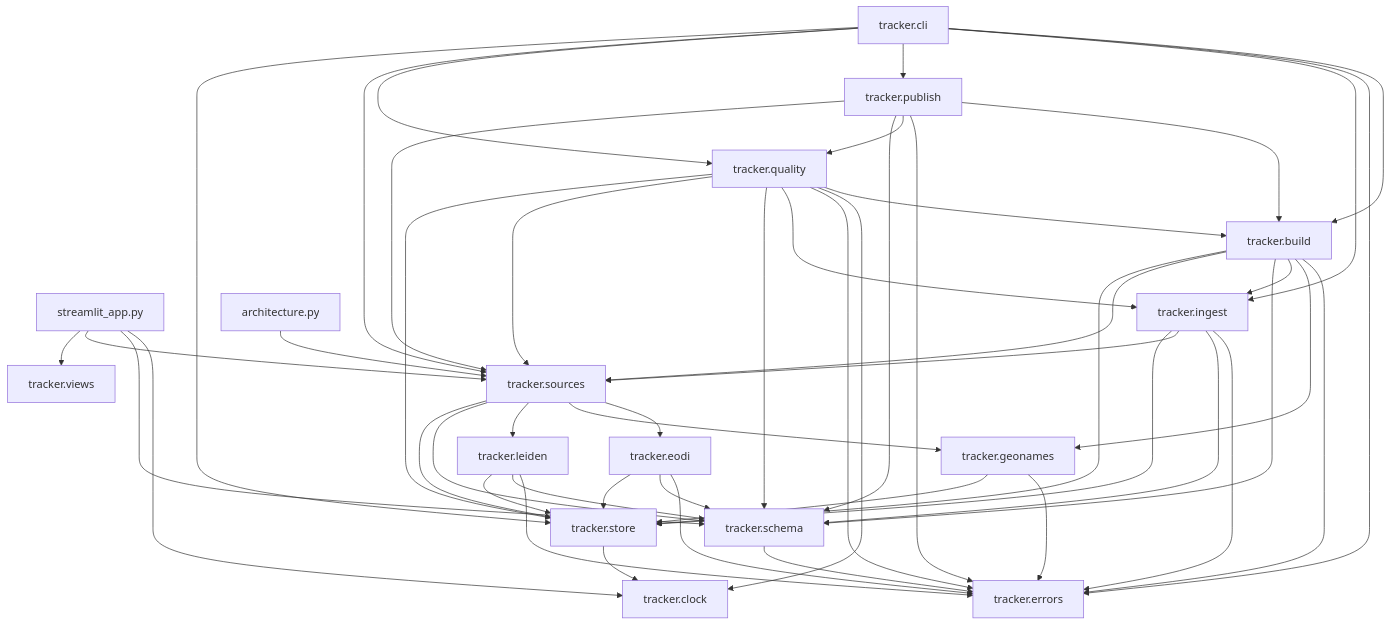
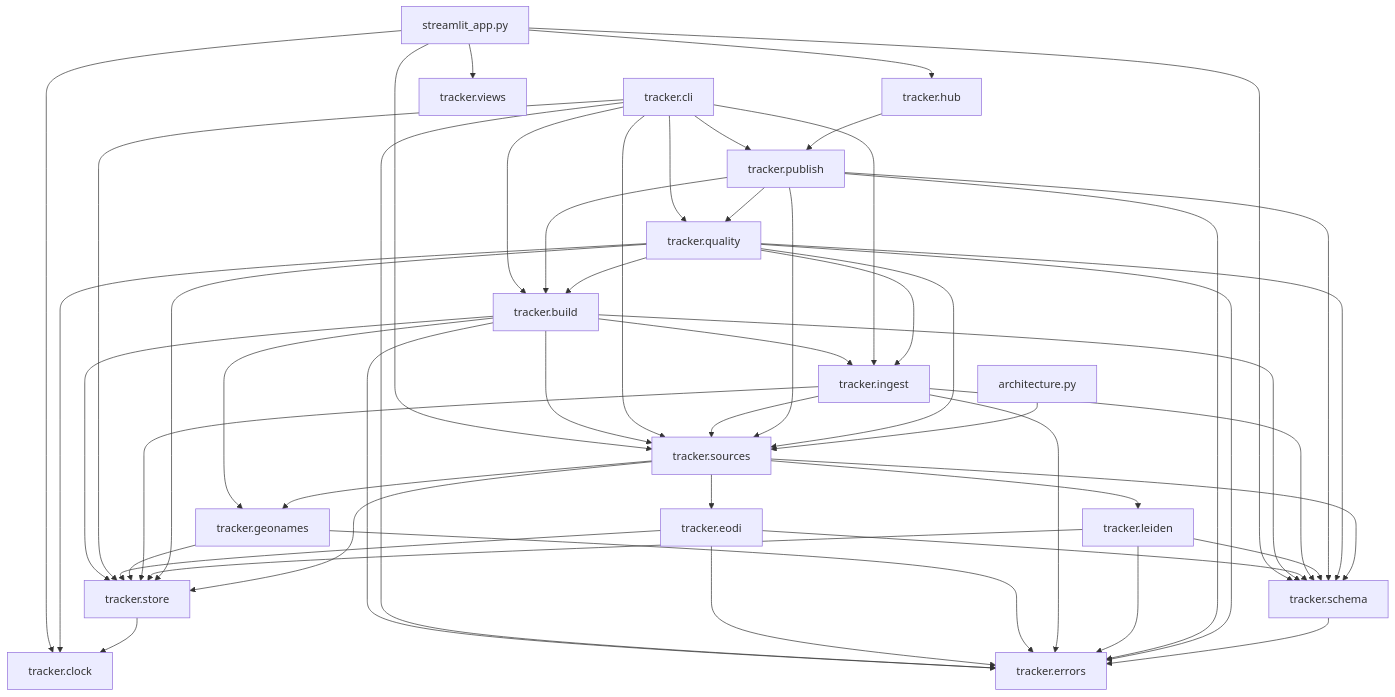
The third of 3 diagrams in docs/architecture.md (tryph0n/hybrid-tracker), drawn with Mermaid before and after one commit. The commit also changed other lines of this file and 14 other files, not shown here.

First line of the commit message:
feat(app): read the published events from the Hub (#161)

````diff
--- a/docs/architecture.md
+++ b/docs/architecture.md
@@ -153,68 +153,71 @@
 ```mermaid
 flowchart TB
   module_streamlit_app_py["streamlit_app.py"]
   module_tracker_build["tracker.build"]
   module_tracker_cli["tracker.cli"]
   module_tracker_clock["tracker.clock"]
   module_tracker_eodi["tracker.eodi"]
   module_tracker_errors["tracker.errors"]
   module_tracker_geonames["tracker.geonames"]
+  module_tracker_hub["tracker.hub"]
   module_tracker_ingest["tracker.ingest"]
   module_tracker_leiden["tracker.leiden"]
   module_tracker_publish["tracker.publish"]
   module_tracker_quality["tracker.quality"]
   module_tracker_schema["tracker.schema"]
   module_tracker_sources["tracker.sources"]
   module_tracker_store["tracker.store"]
   module_tracker_views["tracker.views"]
   module_architecture_py["architecture.py"]
   module_streamlit_app_py --> module_tracker_clock
+  module_streamlit_app_py --> module_tracker_hub
   module_streamlit_app_py --> module_tracker_schema
   module_streamlit_app_py --> module_tracker_sources
   module_streamlit_app_py --> module_tracker_views
   module_tracker_build --> module_tracker_errors
   module_tracker_build --> module_tracker_geonames
   module_tracker_build --> module_tracker_ingest
   module_tracker_build --> module_tracker_schema
   module_tracker_build --> module_tracker_sources
   module_tracker_build --> module_tracker_store
   module_tracker_cli --> module_tracker_build
   module_tracker_cli --> module_tracker_errors
   module_tracker_cli --> module_tracker_ingest
   module_tracker_cli --> module_tracker_publish
   module_tracker_cli --> module_tracker_quality
   module_tracker_cli --> module_tracker_sources
   module_tracker_cli --> module_tracker_store
   module_tracker_eodi --> module_tracker_errors
   module_tracker_eodi --> module_tracker_schema
   module_tracker_eodi --> module_tracker_store
   module_tracker_geonames --> module_tracker_errors
   module_tracker_geonames --> module_tracker_store
+  module_tracker_hub --> module_tracker_publish
   module_tracker_ingest --> module_tracker_errors
   module_tracker_ingest --> module_tracker_schema
   module_tracker_ingest --> module_tracker_sources
   module_tracker_ingest --> module_tracker_store
   module_tracker_leiden --> module_tracker_errors
   module_tracker_leiden --> module_tracker_schema
   module_tracker_leiden --> module_tracker_store
   module_tracker_publish --> module_tracker_build
   module_tracker_publish --> module_tracker_errors
   module_tracker_publish --> module_tracker_quality
   module_tracker_publish --> module_tracker_schema
   module_tracker_publish --> module_tracker_sources
   module_tracker_quality --> module_tracker_build
   module_tracker_quality --> module_tracker_clock
   module_tracker_quality --> module_tracker_errors
   module_tracker_quality --> module_tracker_ingest
   module_tracker_quality --> module_tracker_schema
   module_tracker_quality --> module_tracker_sources
   module_tracker_quality --> module_tracker_store
   module_tracker_schema --> module_tracker_errors
   module_tracker_sources --> module_tracker_eodi
   module_tracker_sources --> module_tracker_geonames
   module_tracker_sources --> module_tracker_leiden
   module_tracker_sources --> module_tracker_schema
   module_tracker_sources --> module_tracker_store
   module_tracker_store --> module_tracker_clock
   module_architecture_py --> module_tracker_sources
 ```
````
